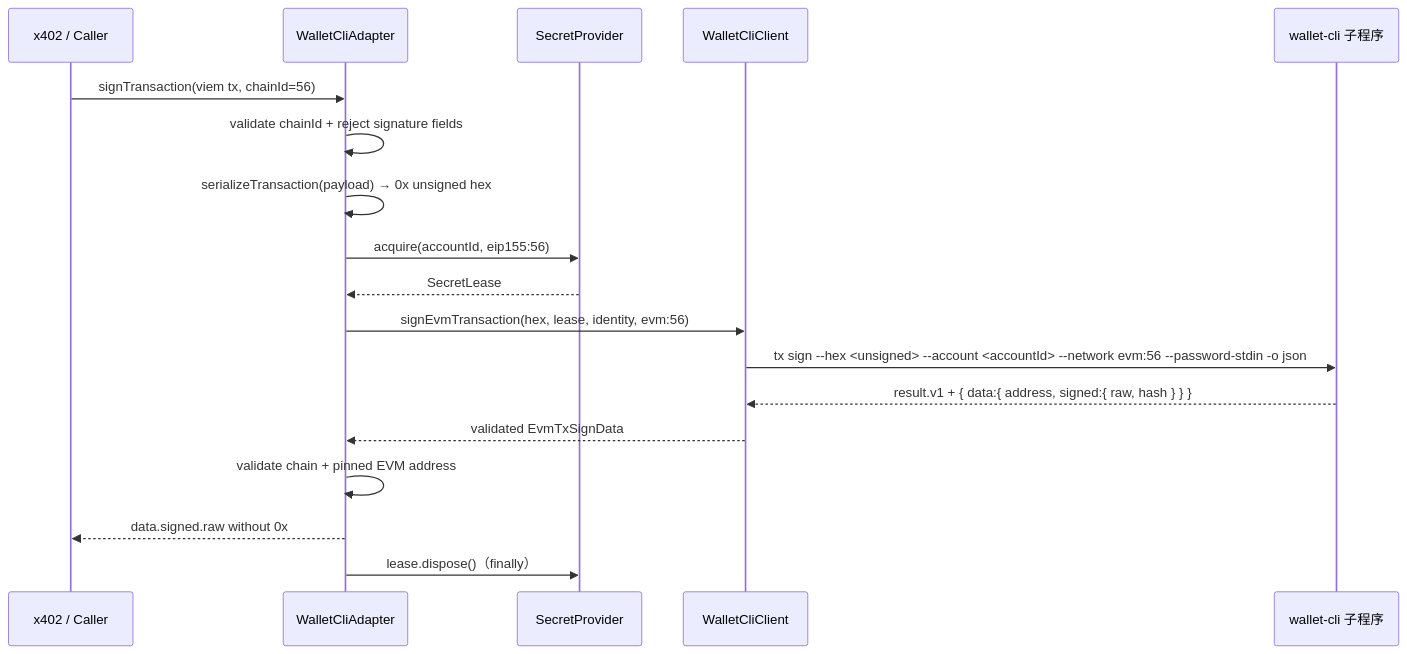
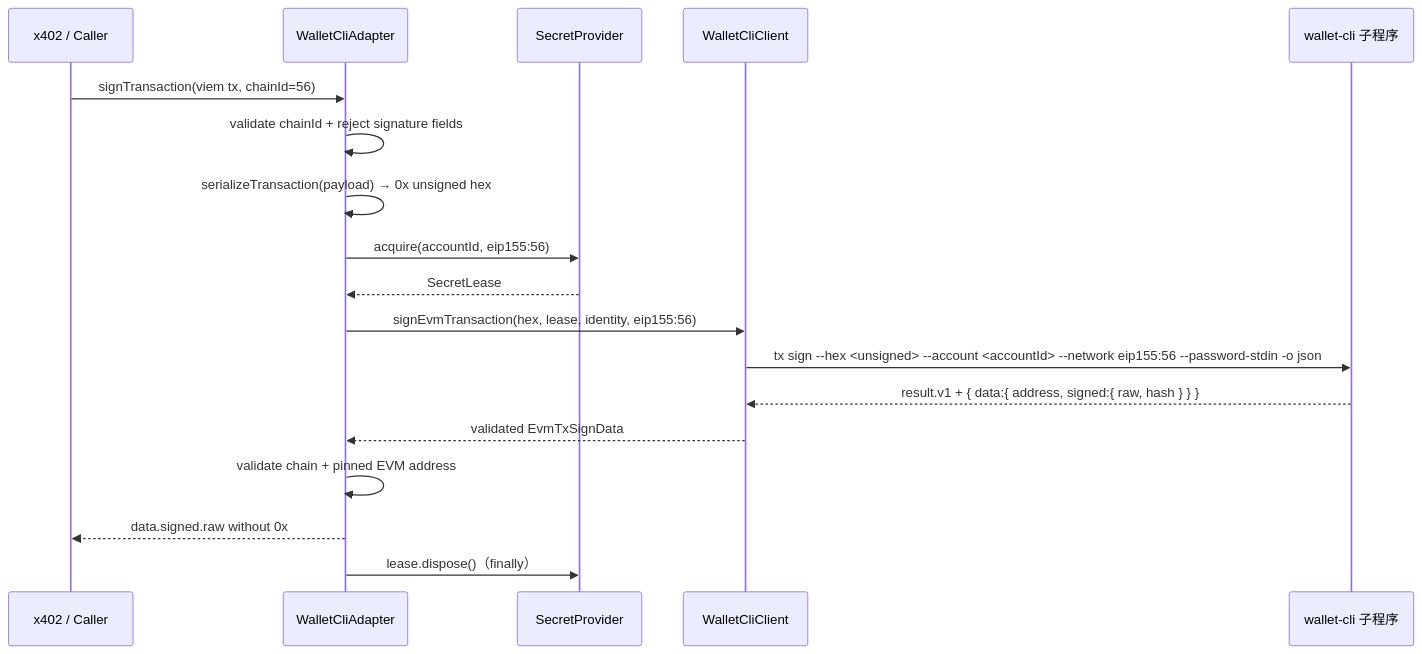
The fourth of 5 diagrams in .kiro/specs/wallet-cli-integration/design.md (BofAI/agent-wallet), drawn with Mermaid before and after one commit. The commit also changed other lines of this file and 56 other files, not shown here.

````diff
--- a/.kiro/specs/wallet-cli-integration/design.md
+++ b/.kiro/specs/wallet-cli-integration/design.md
@@ -663,21 +663,21 @@
 ```mermaid
 sequenceDiagram
   participant App as x402 / Caller
   participant Signer as WalletCliAdapter
   participant Secret as SecretProvider
   participant Client as WalletCliClient
   participant Cli as wallet-cli 子程序
 
   App->>Signer: signTransaction(viem tx, chainId=56)
   Signer->>Signer: validate chainId + reject signature fields
   Signer->>Signer: serializeTransaction(payload) → 0x unsigned hex
   Signer->>Secret: acquire(accountId, eip155:56)
   Secret-->>Signer: SecretLease
-  Signer->>Client: signEvmTransaction(hex, lease, identity, evm:56)
-  Client->>Cli: tx sign --hex <unsigned> --account <accountId> --network evm:56 --password-stdin -o json
+  Signer->>Client: signEvmTransaction(hex, lease, identity, eip155:56)
+  Client->>Cli: tx sign --hex <unsigned> --account <accountId> --network eip155:56 --password-stdin -o json
   Cli-->>Client: result.v1 + { data:{ address, signed:{ raw, hash } } }
   Client-->>Signer: validated EvmTxSignData
   Signer->>Signer: validate chain + pinned EVM address
   Signer-->>App: data.signed.raw without 0x
   Signer->>Secret: lease.dispose()（finally）
 ```
````
